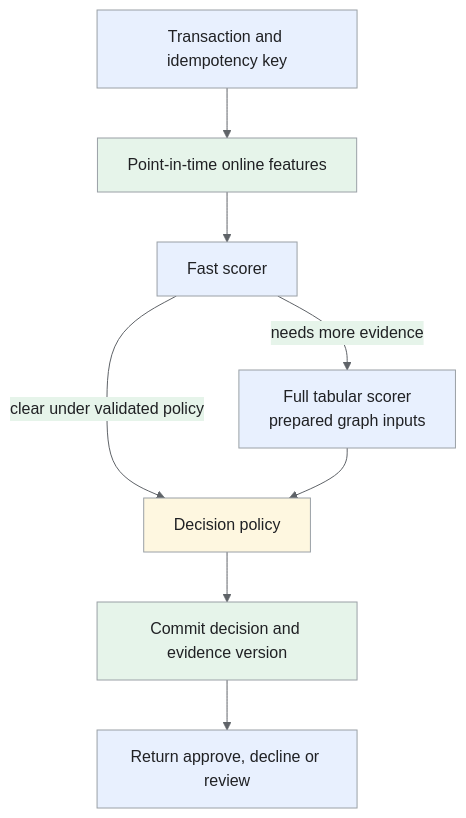
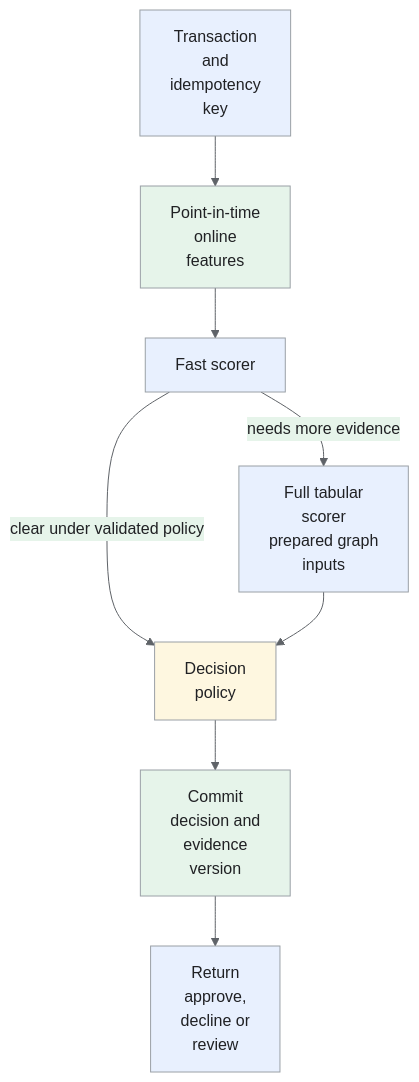
One commit to iliazlobin/iliazlobin.github.io changed the fourth of 6 diagrams in _designs/system-design-ml-fraud-detection.md. Above: the diagram before and after it, drawn with Mermaid. The commit also changed other lines of this file and 116 other files, not shown here.

````diff
--- a/_designs/system-design-ml-fraud-detection.md
+++ b/_designs/system-design-ml-fraud-detection.md
@@ -248,18 +270,18 @@
 ```mermaid
 %%{init: {'theme':'base','themeVariables':{'primaryColor':'#e8f0fe','primaryTextColor':'#202124','primaryBorderColor':'#9aa0a6','lineColor':'#5f6368','secondaryColor':'#e6f4ea','tertiaryColor':'#fef7e0','actorBkg':'#e8f0fe','actorBorder':'#9aa0a6','actorTextColor':'#202124','noteBkgColor':'#fef7e0','noteTextColor':'#202124','noteBorderColor':'#9aa0a6','signalColor':'#5f6368','signalTextColor':'#202124','labelBoxBkgColor':'#fef7e0','labelBoxBorderColor':'#9aa0a6'}}}%%
 flowchart TB
-    T["Transaction and idempotency key"] --> F["Point-in-time online features"]
+    T["Transaction<br>and<br>idempotency<br>key"] --> F["Point-in-time<br>online<br>features"]
     F --> S["Fast scorer"]
-    S -->|clear under validated policy| D["Decision policy"]
-    S -->|needs more evidence| M["Full tabular scorer<br>prepared graph inputs"]
+    S -->|clear under validated policy| D["Decision<br>policy"]
+    S -->|needs more evidence| M["Full tabular<br>scorer<br>prepared graph<br>inputs"]
     M --> D
-    D --> P["Commit decision and evidence version"]
-    P --> R["Return approve, decline or review"]
+    D --> P["Commit<br>decision and<br>evidence<br>version"]
+    P --> R["Return<br>approve,<br>decline or<br>review"]
 classDef request fill:#e8f0fe,stroke:#9aa0a6,color:#202124;
 classDef data fill:#e6f4ea,stroke:#9aa0a6,color:#202124;
 classDef control fill:#fef7e0,stroke:#9aa0a6,color:#202124;
 class T,S,M,R request;
 class F,P data;
 class D control;
 
 ```
````
